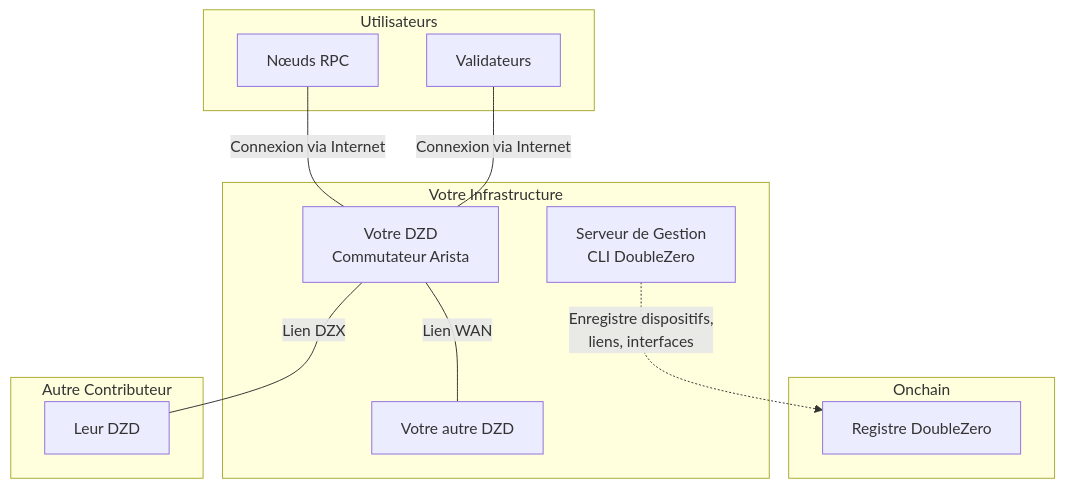
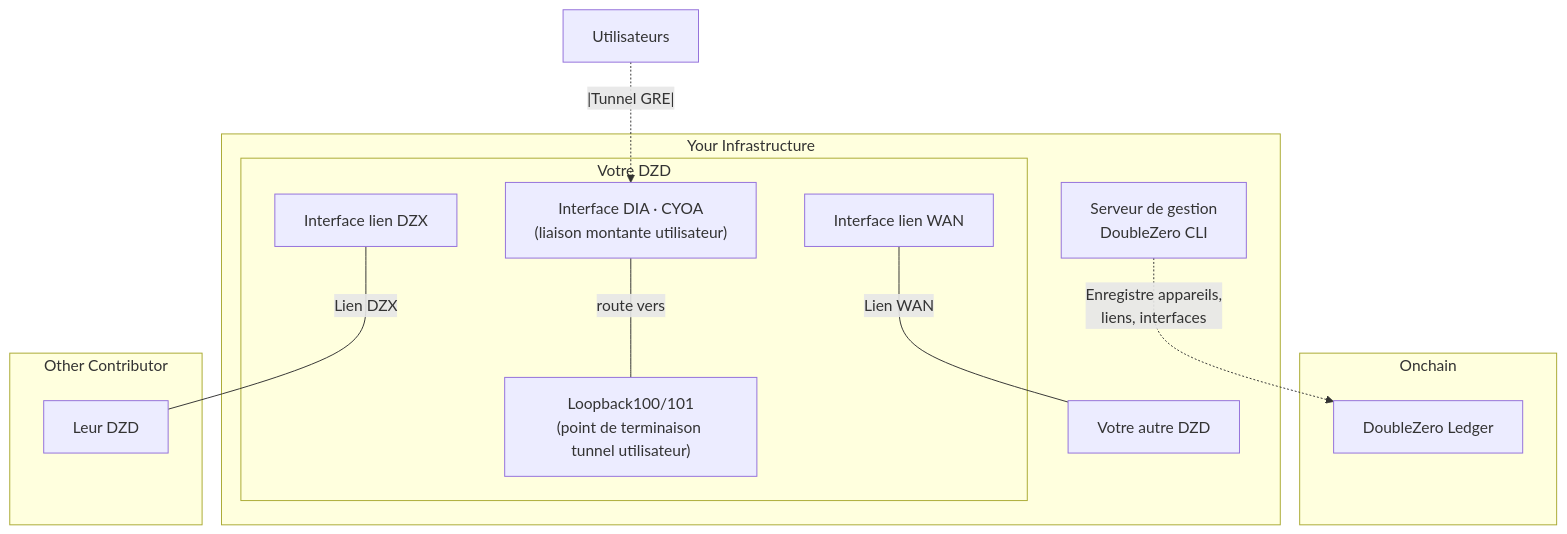
Before and after one commit to malbeclabs/docs: the first of 9 diagrams in docs/contribute-provisioning.fr.md, drawn with Mermaid. The commit also changed other lines of this file and 34 other files, not shown here.

````diff
--- a/docs/contribute-provisioning.fr.md
+++ b/docs/contribute-provisioning.fr.md
@@ -13,26 +50,29 @@
 ```mermaid
 flowchart TB
     subgraph Onchain
-        SC[Registre DoubleZero]
+        SC[DoubleZero Ledger]
     end
 
-    subgraph Votre Infrastructure
-        MGMT[Serveur de Gestion<br/>CLI DoubleZero]
-        DZD[Votre DZD<br/>Commutateur Arista]
-        DZD ---|Lien WAN| DZD2[Votre autre DZD]
+    subgraph Your Infrastructure
+        MGMT[Serveur de gestion<br/>DoubleZero CLI]
+        subgraph DZD[Votre DZD]
+            CYOA["Interface DIA · CYOA<br/>(liaison montante utilisateur)"]
+            WAN_INTF["Interface lien WAN"]
+            DZX_INTF["Interface lien DZX"]
+            LO100["Loopback100/101<br/>(point de terminaison tunnel utilisateur)"]
+        end
+        DZD2[Votre autre DZD]
     end
 
-    subgraph Autre Contributeur
+    subgraph Other Contributor
         OtherDZD[Leur DZD]
     end
 
-    subgraph Utilisateurs
-        VAL[Validateurs]
-        RPC[Nœuds RPC]
-    end
+    USERS["Utilisateurs"]
 
-    MGMT -.->|Enregistre dispositifs,<br/>liens, interfaces| SC
-    DZD ---|Lien DZX| OtherDZD
-    VAL ---|Connexion via Internet| DZD
-    RPC ---|Connexion via Internet| DZD
+    MGMT -.->|Enregistre appareils,<br/>liens, interfaces| SC
+    WAN_INTF ---|Lien WAN| DZD2
+    DZX_INTF ---|Lien DZX| OtherDZD
+    USERS -.|Tunnel GRE|.-> CYOA
+    CYOA ---|route vers| LO100
 ```
````
